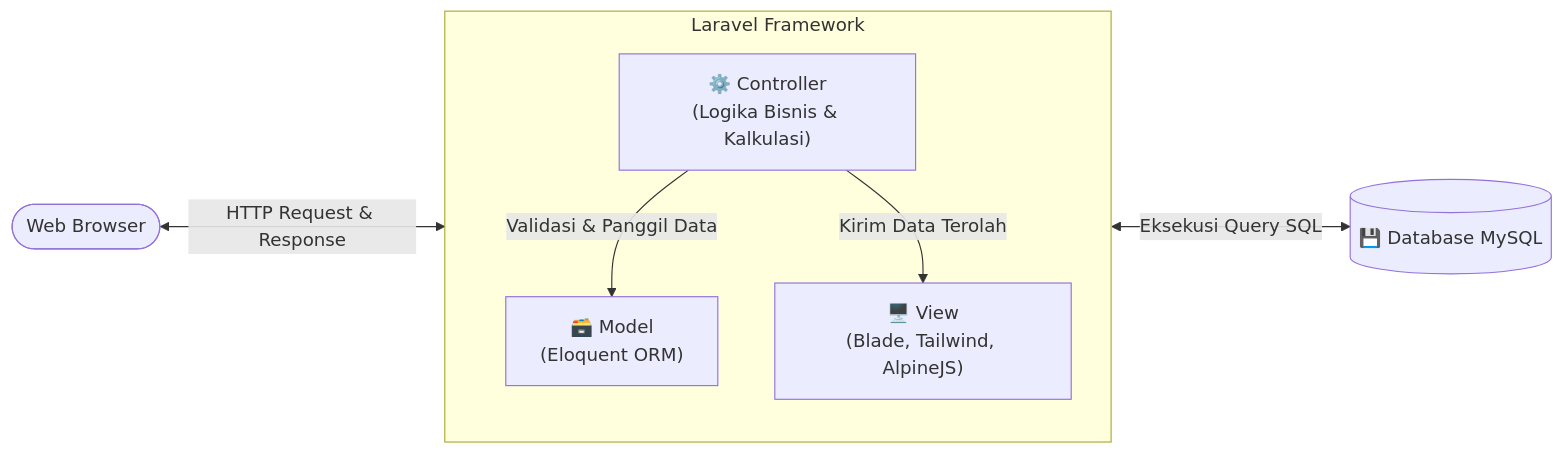
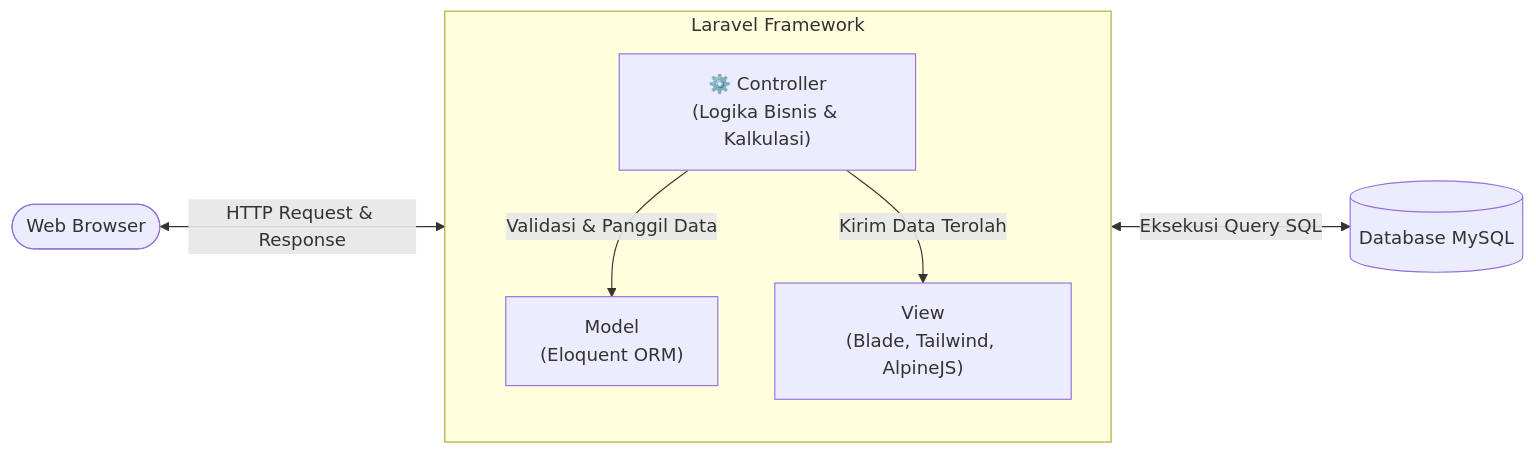
One commit to Adin725/nutrigate-mbg-system changed the first of 2 diagrams in README.md. Above: the diagram before and after it, drawn with Mermaid. The commit also changed other lines of this file, not shown here.

````diff
--- a/README.md
+++ b/README.md
@@ -22,16 +22,16 @@
 ```mermaid
 flowchart LR
     Client([Web Browser]) <-->|"HTTP Request & Response"| Controller
 
     subgraph "Laravel Framework"
         direction TB
         Controller["⚙️ Controller\n(Logika Bisnis & Kalkulasi)"]
-        Model["🗃️ Model\n(Eloquent ORM)"]
-        View["🖥️ View\n(Blade, Tailwind, AlpineJS)"]
+        Model["Model\n(Eloquent ORM)"]
+        View["View\n(Blade, Tailwind, AlpineJS)"]
 
         Controller -->|"Validasi & Panggil Data"| Model
         Controller -->|"Kirim Data Terolah"| View
     end
 
-    Model <-->|"Eksekusi Query SQL"| DB[("💾 Database MySQL")]
+    Model <-->|"Eksekusi Query SQL"| DB[("Database MySQL")]
 ```
````
